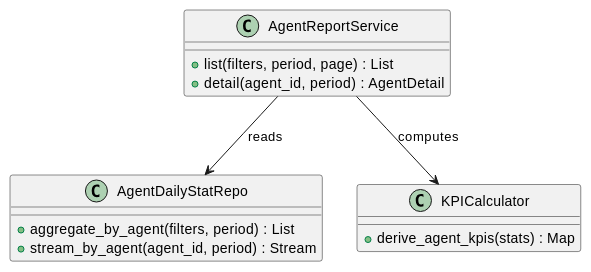
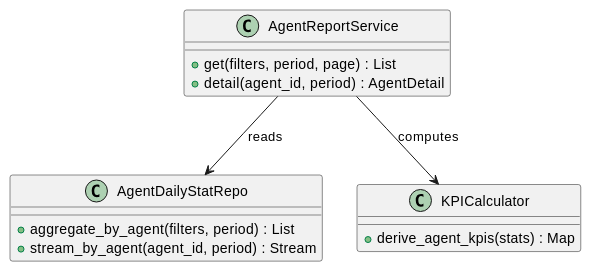
Before and after one commit to jcg-admin/IACT-docs: the diagram in source/requisitos/casos-uso/reports/uc-rpt-12/diagramas-uml/diagrama-de-clases.rst, drawn with PlantUML. The commit also changed 7 other files, not shown here.

```diff
--- a/source/requisitos/casos-uso/reports/uc-rpt-12/diagramas-uml/diagrama-de-clases.rst
+++ b/source/requisitos/casos-uso/reports/uc-rpt-12/diagramas-uml/diagrama-de-clases.rst
@@ -6,23 +6,23 @@
 .. uml::
  :caption: UC_RPT_12 — clases del reporte.
 
  @startuml
 
  class AgentReportService {
-   + list(filters, period, page) : List
+   + get(filters, period, page) : List
    + detail(agent_id, period) : AgentDetail
  }
 
  class AgentDailyStatRepo {
    + aggregate_by_agent(filters, period) : List
    + stream_by_agent(agent_id, period) : Stream
  }
 
  class KPICalculator {
    + derive_agent_kpis(stats) : Map
  }
 
  AgentReportService --> AgentDailyStatRepo : reads
  AgentReportService --> KPICalculator : computes
 
  @enduml
```
